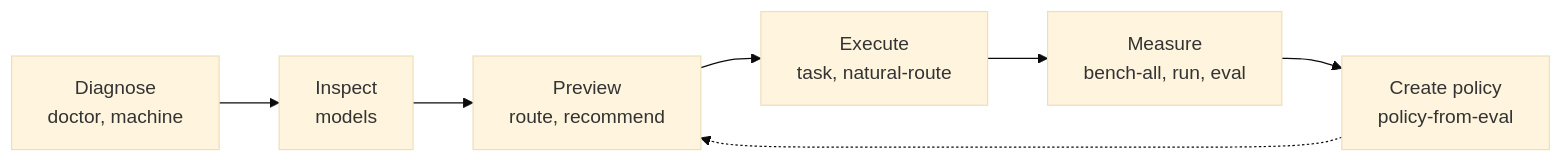
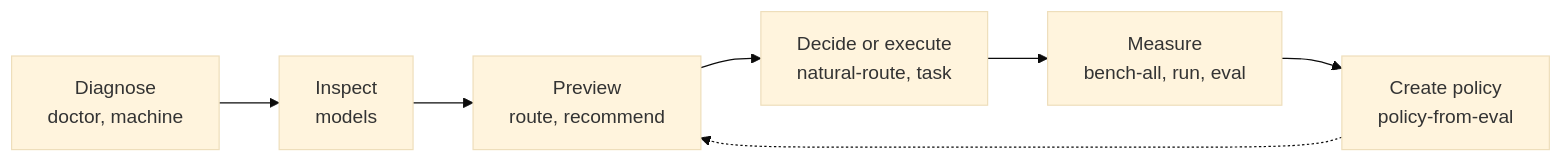
Before and after one commit to bgauryy/FreeLlama: the second of 4 diagrams in README.md, drawn with Mermaid (base theme). The commit also changed other lines of this file and 77 other files, not shown here.

````diff
--- a/README.md
+++ b/README.md
@@ -284,9 +420,9 @@
 ```mermaid
 flowchart LR
     D["Diagnose<br/>doctor, machine"] --> I["Inspect<br/>models"]
     I --> P["Preview<br/>route, recommend"]
-    P --> E["Execute<br/>task, natural-route"]
+    P --> E["Decide or execute<br/>natural-route, task"]
     E --> M["Measure<br/>bench-all, run, eval"]
     M --> Y["Create policy<br/>policy-from-eval"]
     Y -.-> P
 ```
````
